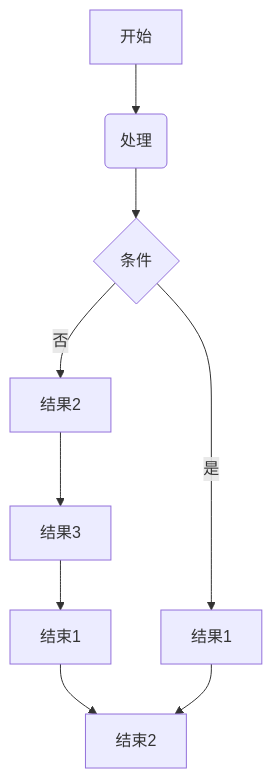
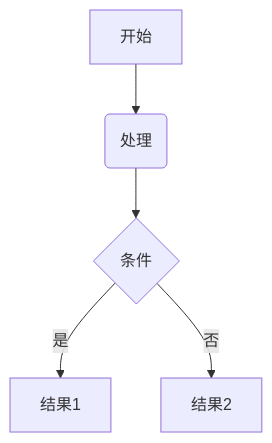
One commit to skyeryg/vscode-markdown-diagram changed the first of 2 diagrams in test/test.md. Above: the diagram before and after it, drawn with Mermaid. The commit also changed other lines of this file and 6 other files, not shown here.

Commit message:
wip: 添加预览图和英文

````diff
--- a/test/test.md
+++ b/test/test.md
@@ -3,11 +5,7 @@
 ```mermaid
 graph TD
     A[开始] --> B(处理)
     B --> C{条件}
     C -->|是| D[结果1]
     C -->|否| E[结果2]
-    E --> F[结果3]
-    F --> G[结束1]
-    G --> H[结束2]
-    D --> H[结束2]
 ```
````
